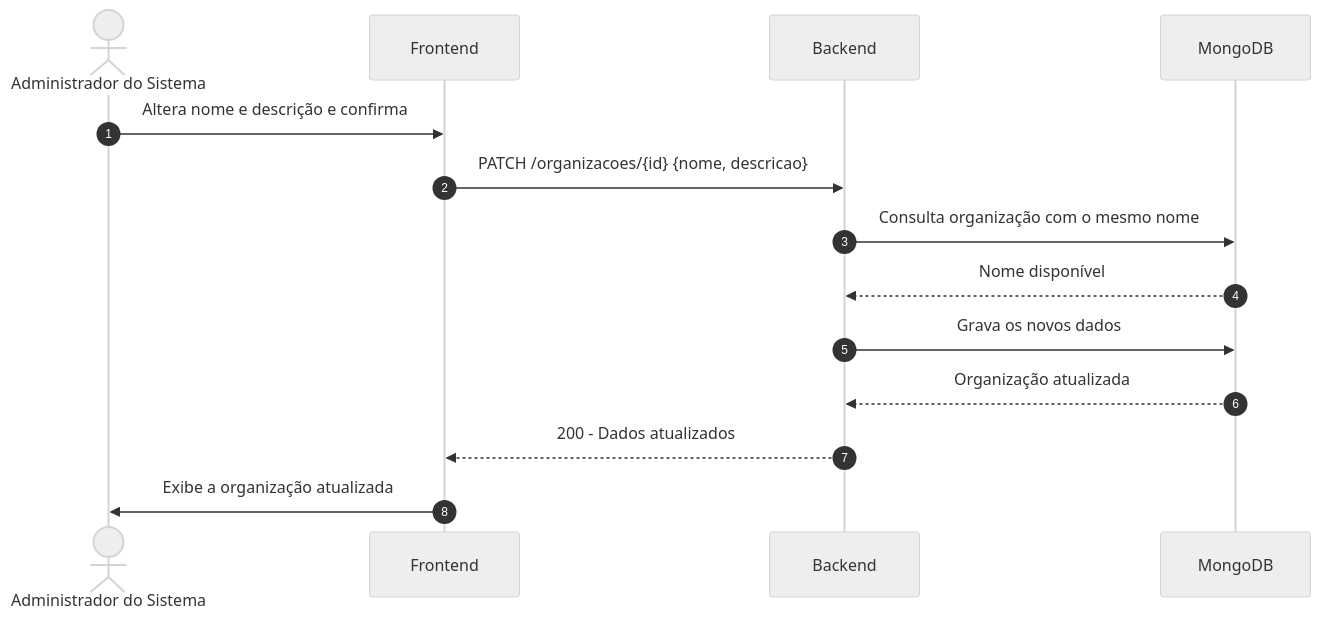
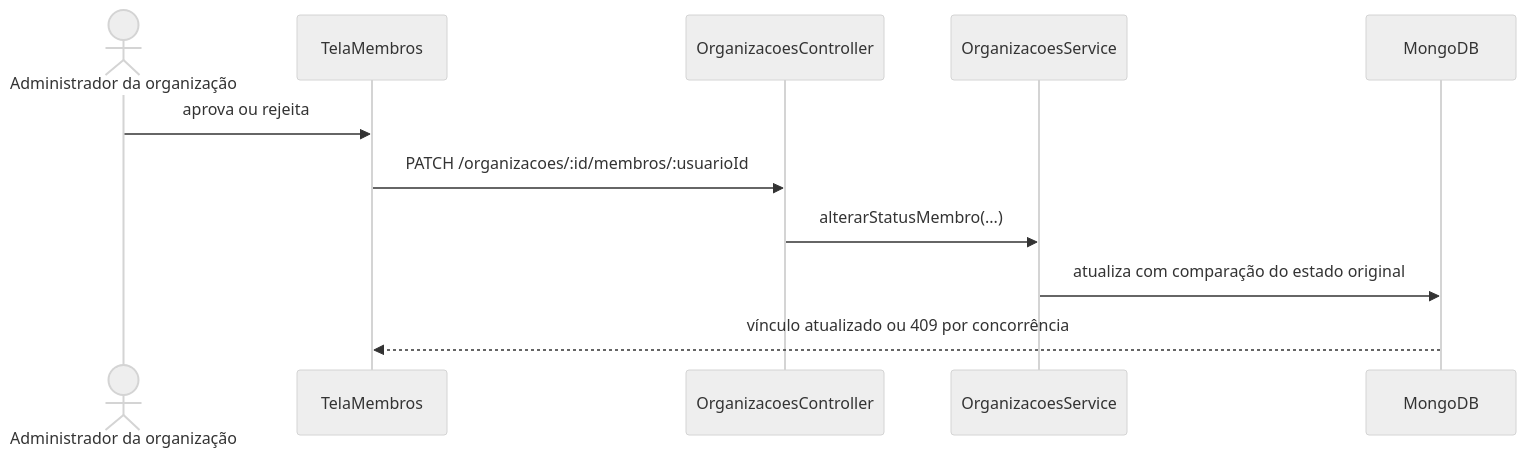
The seventh of 8 diagrams in 2 - Incremento1/cadastro-organizacao/6 - diagramas-sequencia-cadastro-organizacao.md (Conecta-IFSP/DOCUMENTATION), drawn with Mermaid (neutral theme) before and after one commit. The commit also changed other lines of this file and 43 other files, not shown here.

````diff
--- a/2 - Incremento1/cadastro-organizacao/6 - diagramas-sequencia-cadastro-organizacao.md
+++ b/2 - Incremento1/cadastro-organizacao/6 - diagramas-sequencia-cadastro-organizacao.md
@@ -79,17 +116,13 @@
 ```mermaid
 sequenceDiagram
-    autonumber
-    actor AdminSis as Administrador do Sistema
-    participant Front as Frontend
-    participant API as Backend
+    actor A as Administrador da organização
+    participant T as TelaMembros
+    participant C as OrganizacoesController
+    participant S as OrganizacoesService
     participant DB as MongoDB
-
-    AdminSis->>Front: Altera nome e descrição e confirma
-    Front->>API: PATCH /organizacoes/{id} {nome, descricao}
-    API->>DB: Consulta organização com o mesmo nome
-    DB-->>API: Nome disponível
-    API->>DB: Grava os novos dados
-    DB-->>API: Organização atualizada
-    API-->>Front: 200 - Dados atualizados
-    Front->>AdminSis: Exibe a organização atualizada
+    A->>T: aprova ou rejeita
+    T->>C: PATCH /organizacoes/:id/membros/:usuarioId
+    C->>S: alterarStatusMembro(...)
+    S->>DB: atualiza com comparação do estado original
+    DB-->>T: vínculo atualizado ou 409 por concorrência
 ```
````
